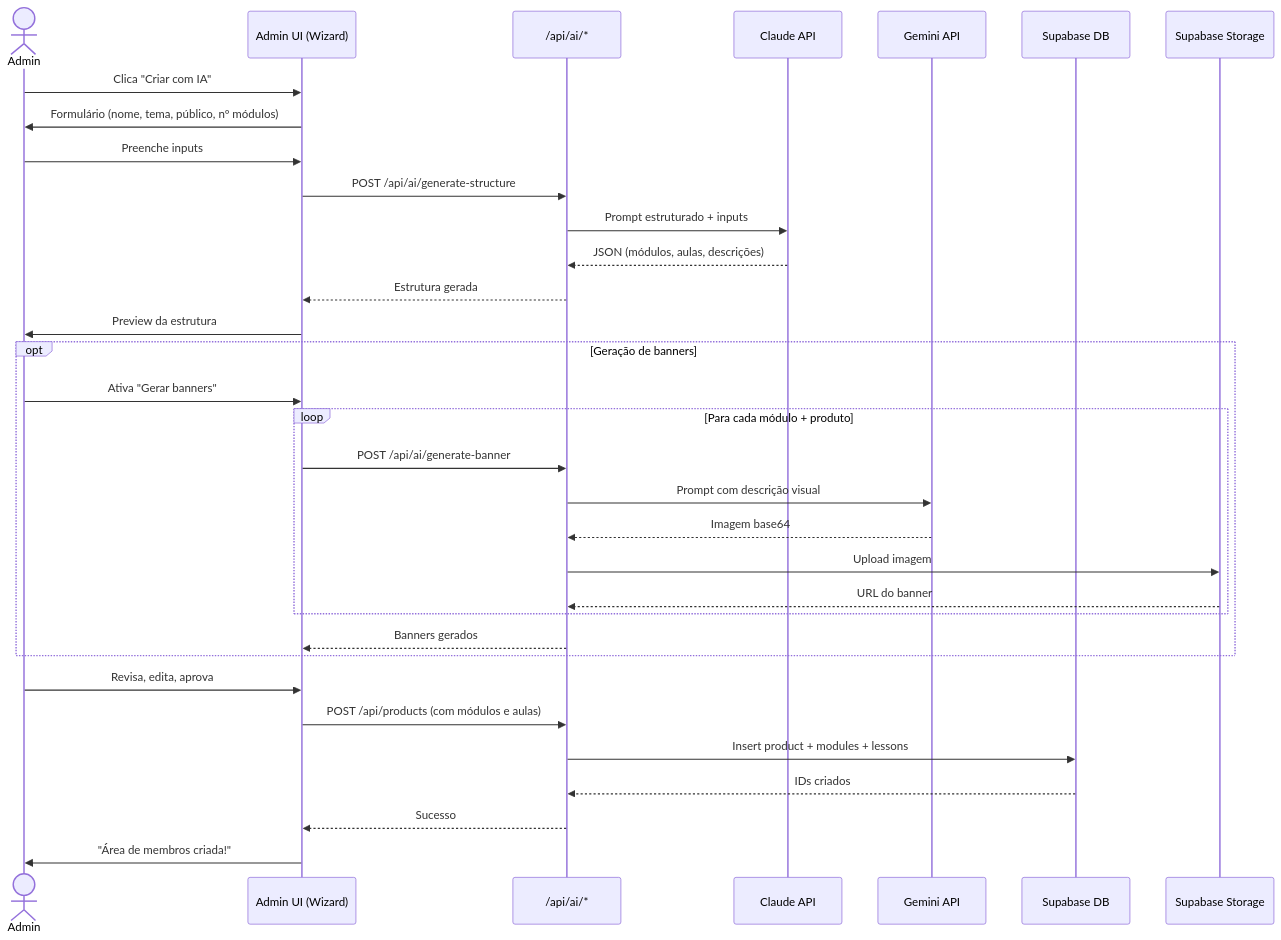
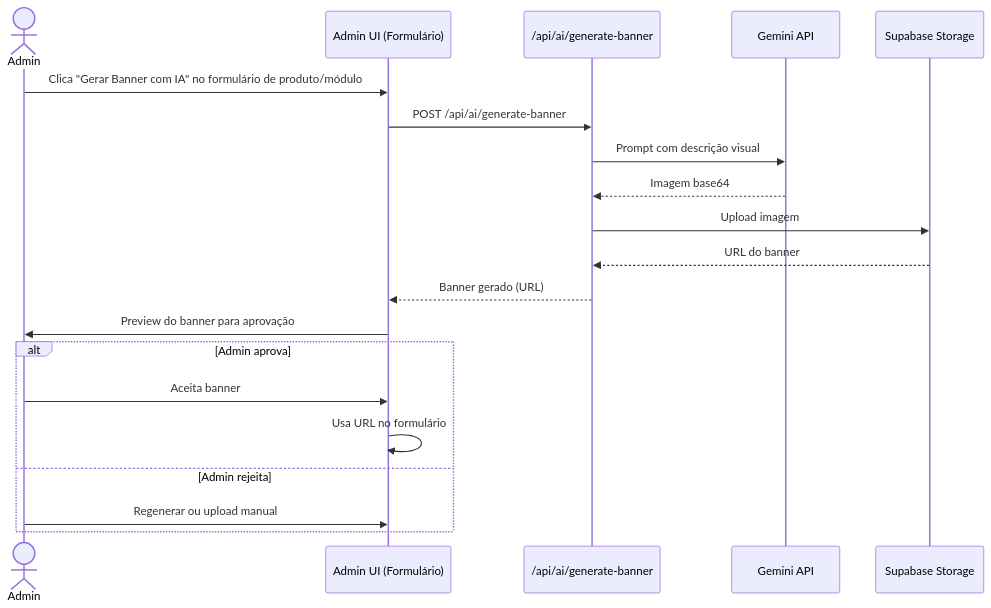
One commit to joaopedromei-prog/Memberly changed the fourth of 7 diagrams in docs/architecture.md. Above: the diagram before and after it, drawn with Mermaid. The commit also changed other lines of this file and 67 other files, not shown here.

````diff
--- a/docs/architecture.md
+++ b/docs/architecture.md
@@ -596,38 +578,24 @@
 ```mermaid
 sequenceDiagram
     actor Admin
-    participant UI as Admin UI (Wizard)
-    participant API as /api/ai/*
-    participant Claude as Claude API
+    participant UI as Admin UI (Formulário)
+    participant API as /api/ai/generate-banner
     participant Gemini as Gemini API
-    participant DB as Supabase DB
     participant Storage as Supabase Storage
 
-    Admin->>UI: Clica "Criar com IA"
-    UI->>Admin: Formulário (nome, tema, público, nº módulos)
-    Admin->>UI: Preenche inputs
-    UI->>API: POST /api/ai/generate-structure
-    API->>Claude: Prompt estruturado + inputs
-    Claude-->>API: JSON (módulos, aulas, descrições)
-    API-->>UI: Estrutura gerada
-    UI->>Admin: Preview da estrutura
+    Admin->>UI: Clica "Gerar Banner com IA" no formulário de produto/módulo
+    UI->>API: POST /api/ai/generate-banner
+    API->>Gemini: Prompt com descrição visual
+    Gemini-->>API: Imagem base64
+    API->>Storage: Upload imagem
+    Storage-->>API: URL do banner
+    API-->>UI: Banner gerado (URL)
+    UI->>Admin: Preview do banner para aprovação
 
-    opt Geração de banners
-        Admin->>UI: Ativa "Gerar banners"
-        loop Para cada módulo + produto
-            UI->>API: POST /api/ai/generate-banner
-            API->>Gemini: Prompt com descrição visual
-            Gemini-->>API: Imagem base64
-            API->>Storage: Upload imagem
-            Storage-->>API: URL do banner
-        end
-        API-->>UI: Banners gerados
+    alt Admin aprova
+        Admin->>UI: Aceita banner
+        UI->>UI: Usa URL no formulário
+    else Admin rejeita
+        Admin->>UI: Regenerar ou upload manual
     end
-
-    Admin->>UI: Revisa, edita, aprova
-    UI->>API: POST /api/products (com módulos e aulas)
-    API->>DB: Insert product + modules + lessons
-    DB-->>API: IDs criados
-    API-->>UI: Sucesso
-    UI->>Admin: "Área de membros criada!"
 ```
````
